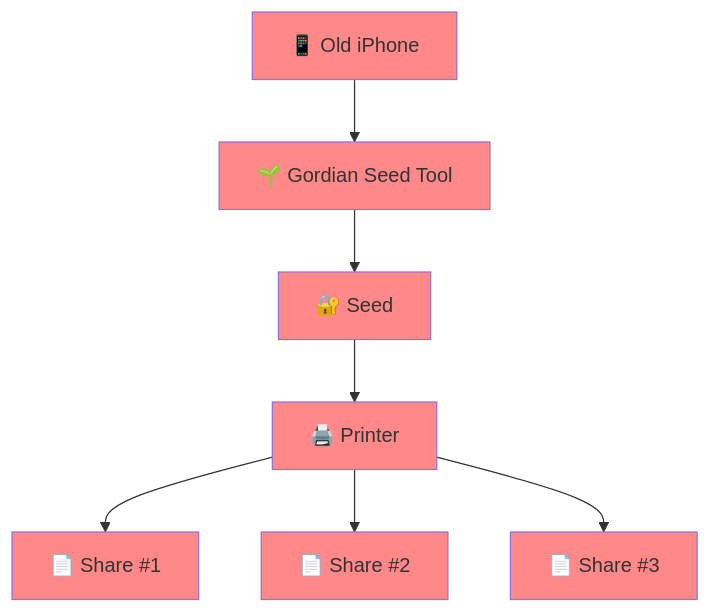
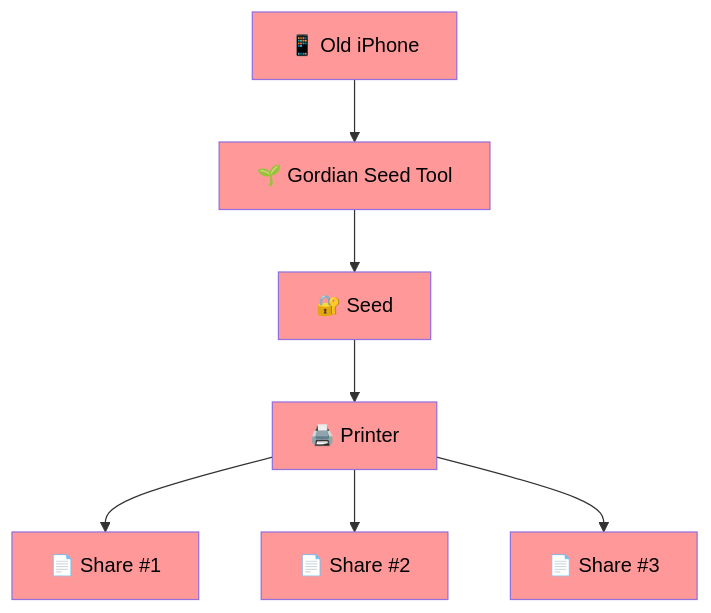
One commit to BlockchainCommons/SmartCustody changed the tenth of 26 diagrams in Docs/Scenario-Multisig.md. Above: the diagram before and after it, drawn with Mermaid. The commit also changed other lines of this file, not shown here.

````diff
--- a/Docs/Scenario-Multisig.md
+++ b/Docs/Scenario-Multisig.md
@@ -355,24 +355,24 @@
 ```mermaid
     graph TD;
     A["📱 Old iPhone"]
     B["🌱 Gordian Seed Tool"]
     C["🔐 Seed"]
     D["🖨️ Printer"]
     E["📄 Share #1"]
     F["📄 Share #2"]
     G["📄 Share #3"]
     
     A-->B-->C
     C-->D
     D-->E
     D-->F
     D-->G
   
-    style A fill:#ff8888;
-style B fill:#ff8888;
-style C fill:#ff8888;
-style D fill:#ff8888;
-style E fill:#ff8888;
-style F fill:#ff8888;
-style G fill:#ff8888;
+    style A color:#000,fill:#ff9999;
+style B color:#000,fill:#ff9999;
+style C color:#000,fill:#ff9999;
+style D color:#000,fill:#ff9999;
+style E color:#000,fill:#ff9999;
+style F color:#000,fill:#ff9999;
+style G color:#000,fill:#ff9999;
 ```
````
